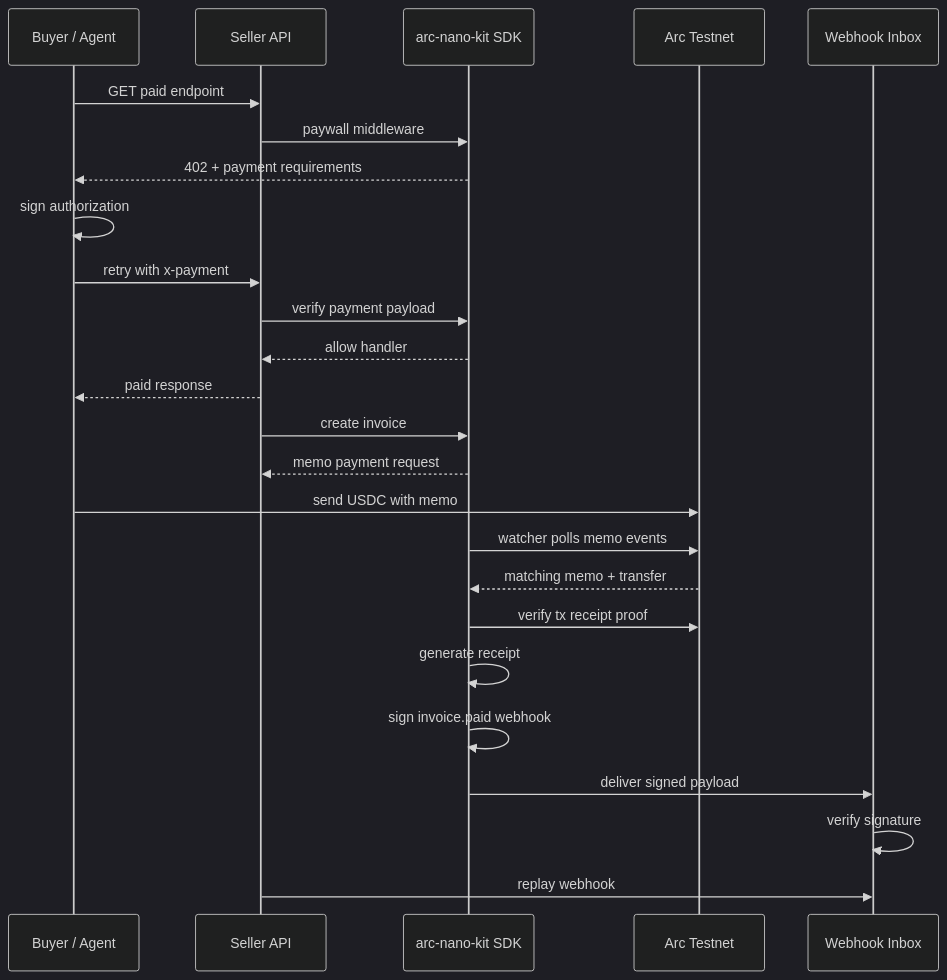
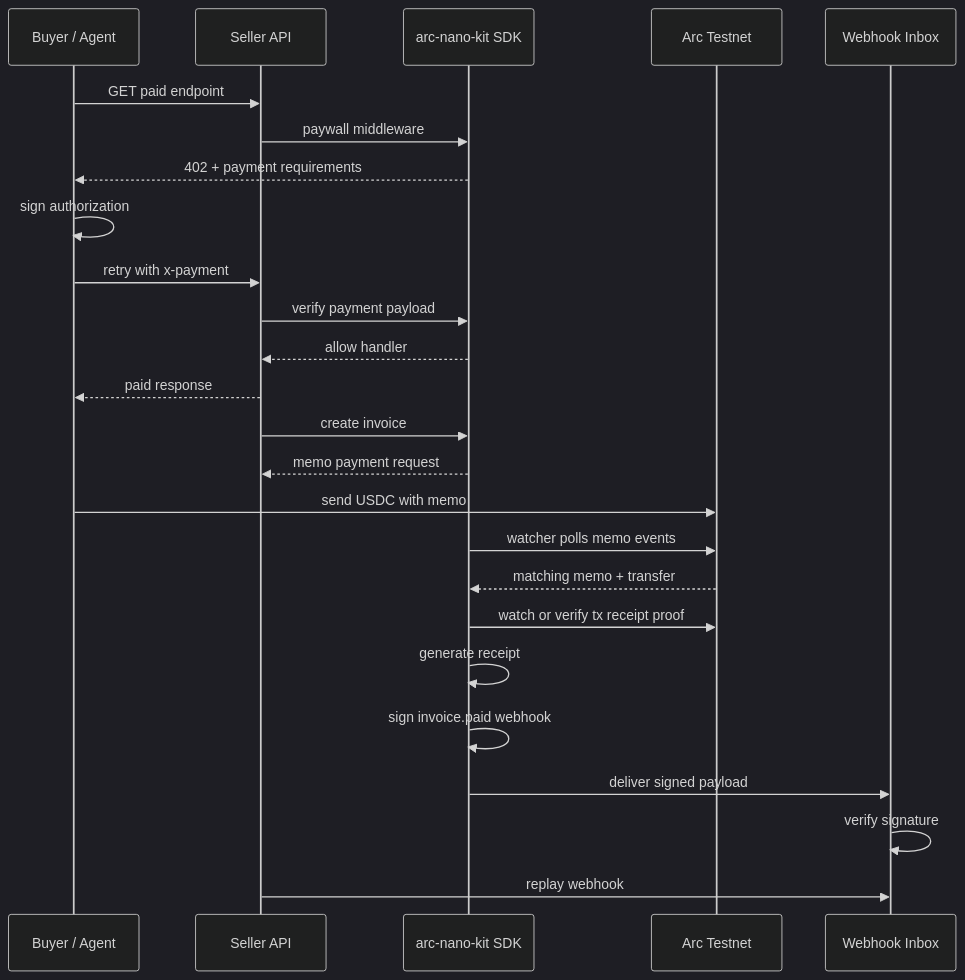
The diagram in docs/architecture.md (horn111/arc-nano-kit), drawn with Mermaid (dark theme) before and after one commit. The commit also changed other lines of this file and 15 other files, not shown here.

Commit message:
Add Arc Testnet auto proof polling

````diff
--- a/docs/architecture.md
+++ b/docs/architecture.md
@@ -40,29 +40,29 @@
 ```mermaid
 sequenceDiagram
     participant Buyer as Buyer / Agent
     participant API as Seller API
     participant SDK as arc-nano-kit SDK
     participant Arc as Arc Testnet
     participant Inbox as Webhook Inbox
 
     Buyer->>API: GET paid endpoint
     API->>SDK: paywall middleware
     SDK-->>Buyer: 402 + payment requirements
     Buyer->>Buyer: sign authorization
     Buyer->>API: retry with x-payment
     API->>SDK: verify payment payload
     SDK-->>API: allow handler
     API-->>Buyer: paid response
 
     API->>SDK: create invoice
     SDK-->>API: memo payment request
     Buyer->>Arc: send USDC with memo
     SDK->>Arc: watcher polls memo events
     Arc-->>SDK: matching memo + transfer
-    SDK->>Arc: verify tx receipt proof
+    SDK->>Arc: watch or verify tx receipt proof
     SDK->>SDK: generate receipt
     SDK->>SDK: sign invoice.paid webhook
     SDK->>Inbox: deliver signed payload
     Inbox->>Inbox: verify signature
     API->>Inbox: replay webhook
 ```
````
